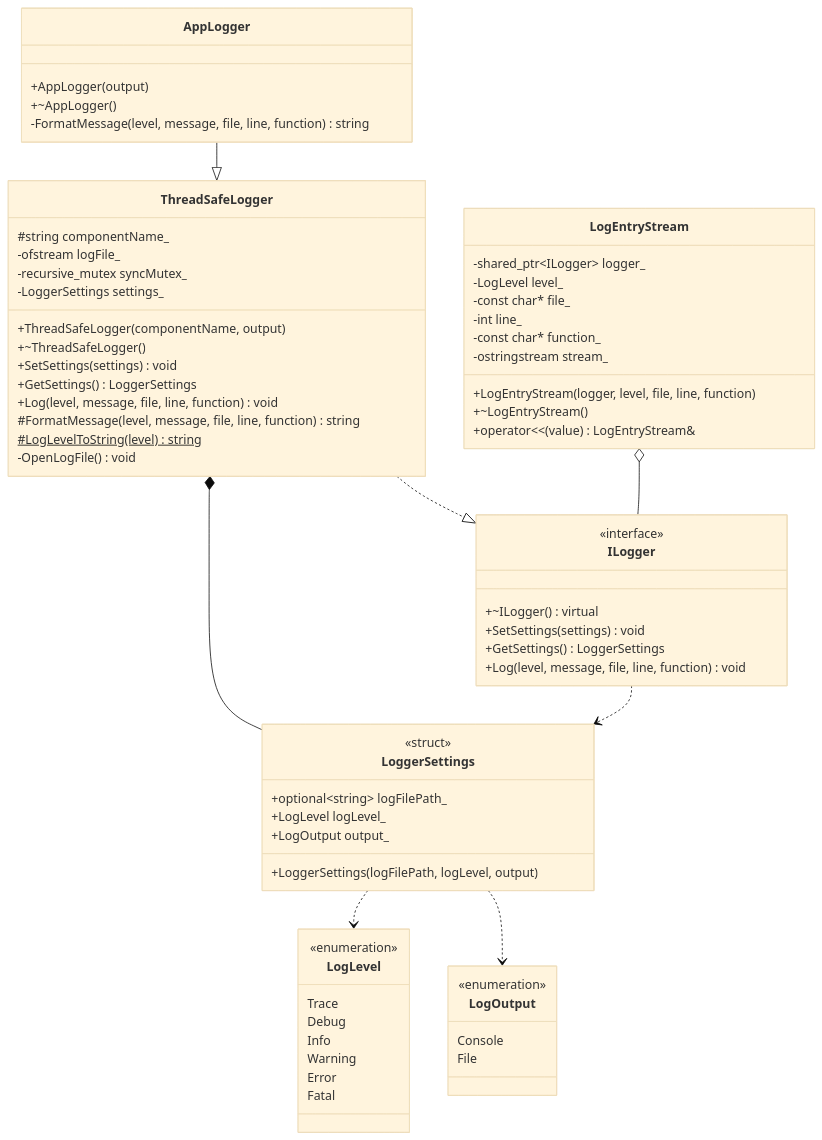
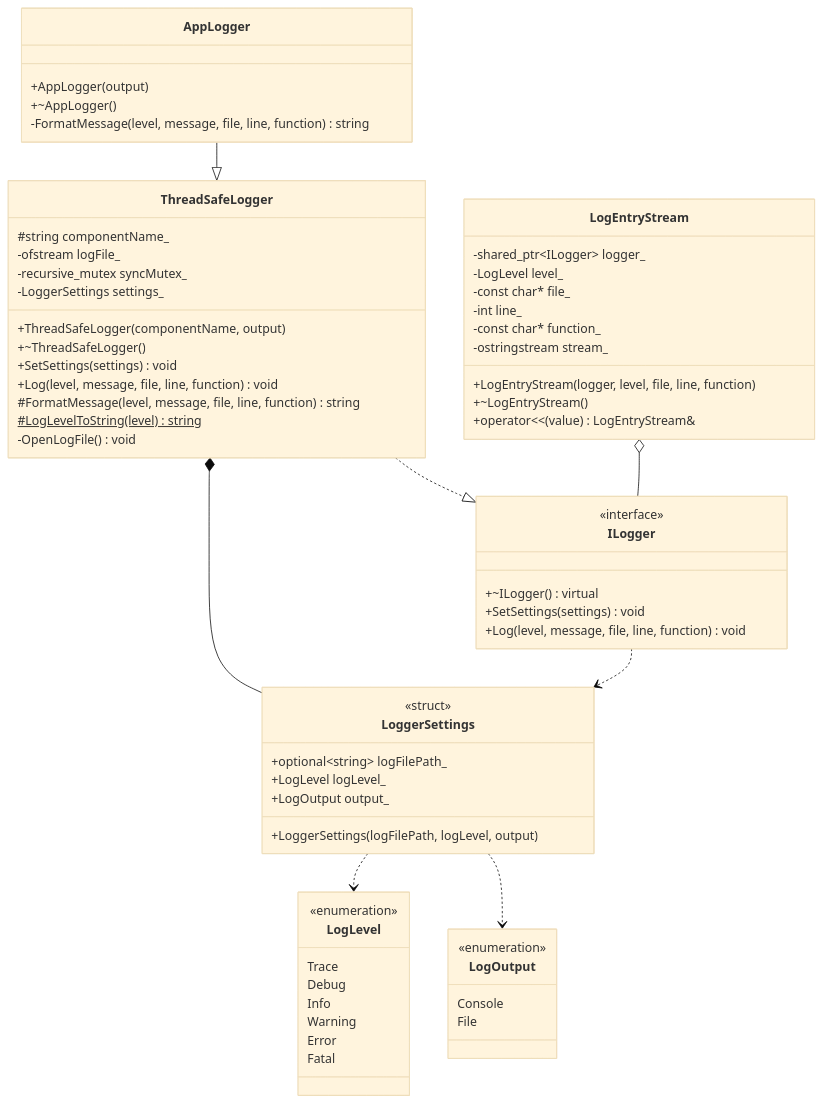
The second of 9 diagrams in README.md (artoshechka/programming_tech_lab_3), drawn with Mermaid (base theme) before and after one commit. The commit also changed other lines of this file and 14 other files, not shown here.

Commit message:
cleanup: remove dead code (ToggleSwitch, setAggregate, IDatabase::Close, ILogger::GetSettings)

````diff
--- a/README.md
+++ b/README.md
@@ -171,75 +171,73 @@
 ```mermaid
 ---
 config:
   look: classic
 ---
 classDiagram
     direction TB
 
     class ILogger {
         <<interface>>
         +~ILogger() virtual
         +SetSettings(settings) void
-        +GetSettings() LoggerSettings
         +Log(level, message, file, line, function) void
     }
     class ThreadSafeLogger {
         +ThreadSafeLogger(componentName, output)
         +~ThreadSafeLogger()
         +SetSettings(settings) void
-        +GetSettings() LoggerSettings
         +Log(level, message, file, line, function) void
         #FormatMessage(level, message, file, line, function) string
         #LogLevelToString(level) string$
         #string componentName_
         -OpenLogFile() void
         -ofstream logFile_
         -recursive_mutex syncMutex_
         -LoggerSettings settings_
     }
     class AppLogger {
         +AppLogger(output)
         +~AppLogger()
         -FormatMessage(level, message, file, line, function) string
     }
     class LogEntryStream {
         +LogEntryStream(logger, level, file, line, function)
         +~LogEntryStream()
         +operator<<(value) LogEntryStream&
         -shared_ptr~ILogger~ logger_
         -LogLevel level_
         -const char* file_
         -int line_
         -const char* function_
         -ostringstream stream_
     }
     class LoggerSettings {
         <<struct>>
         +LoggerSettings(logFilePath, logLevel, output)
         +optional~string~ logFilePath_
         +LogLevel logLevel_
         +LogOutput output_
     }
     class LogLevel {
         <<enumeration>>
         Trace
         Debug
         Info
         Warning
         Error
         Fatal
     }
     class LogOutput {
         <<enumeration>>
         Console
         File
     }
 
     ThreadSafeLogger ..|> ILogger
     AppLogger --|> ThreadSafeLogger
     LogEntryStream o-- ILogger
     ThreadSafeLogger *-- LoggerSettings
     ILogger ..> LoggerSettings
     LoggerSettings ..> LogLevel
     LoggerSettings ..> LogOutput
 ```
````
